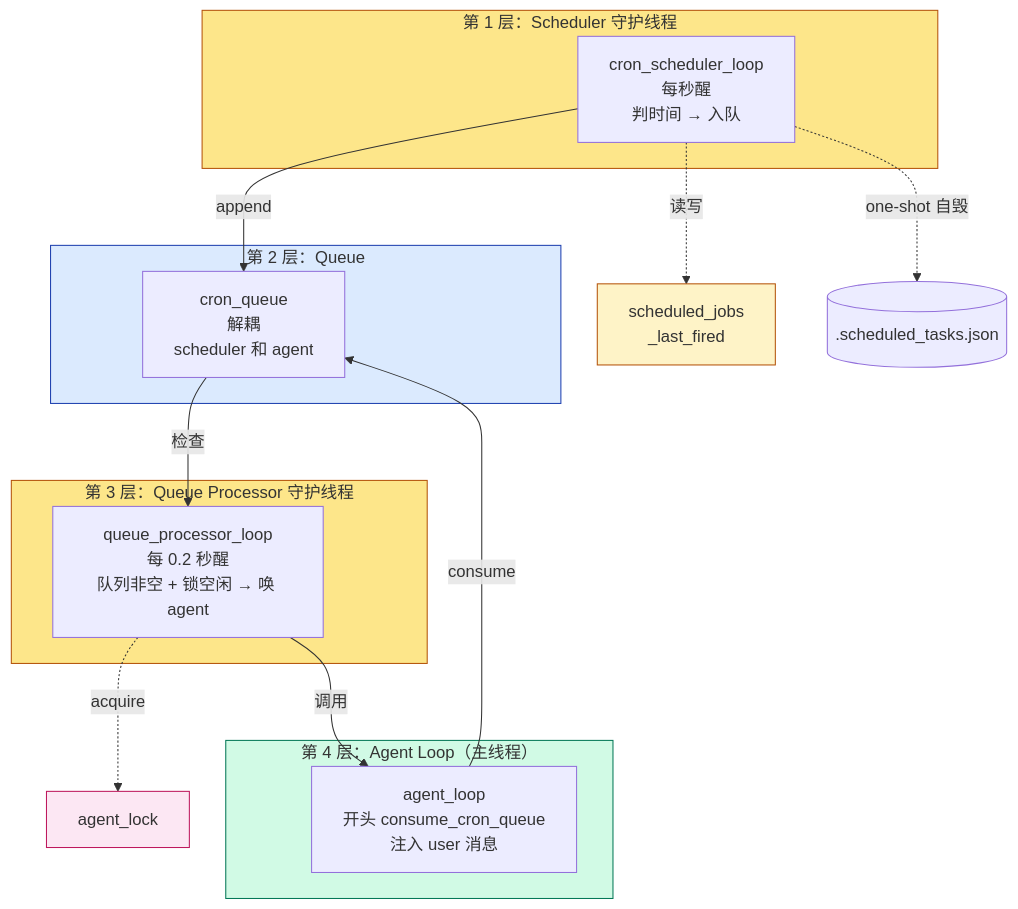
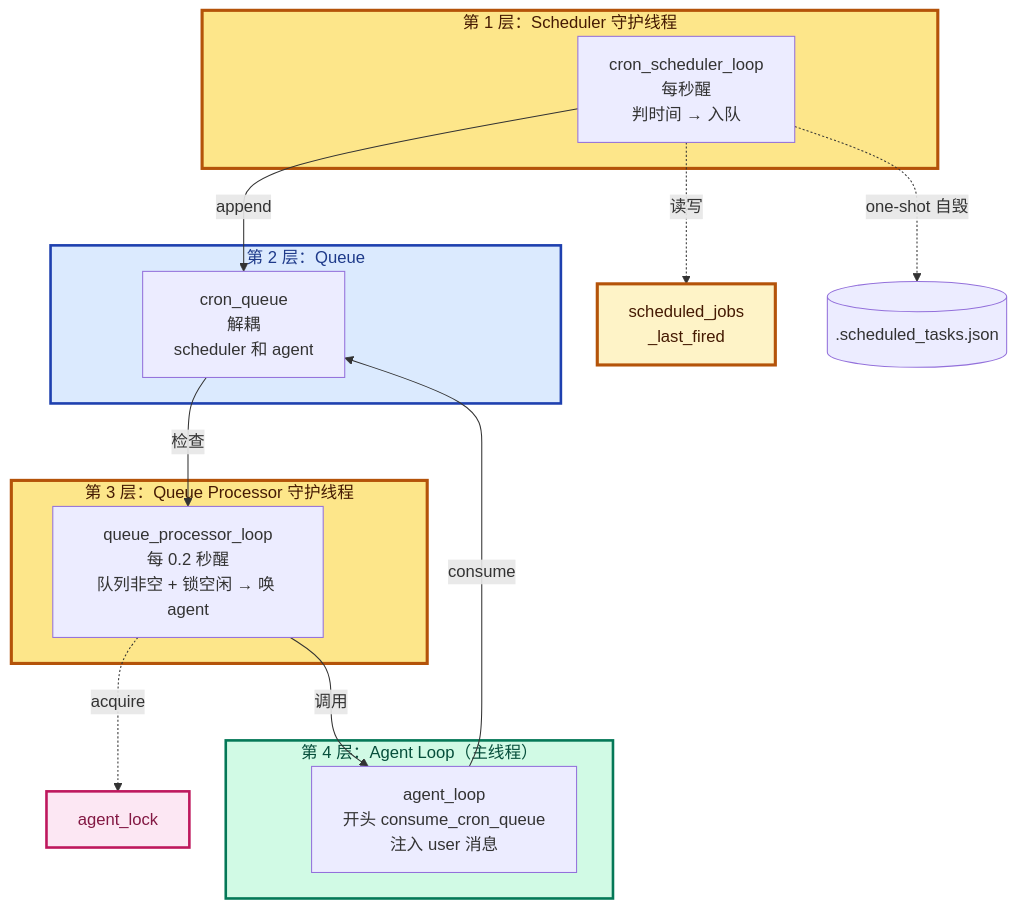
One commit to PyrePuin/From-Zero-LLM-Agent-Infra-Notes changed the first of 3 diagrams in Agent/Harness/Claude Code/Phase 4 - 长时间任务/14 - Cron Scheduler.md. Above: the diagram before and after it, drawn with Mermaid. The commit also changed other lines of this file and 23 other files, not shown here.

First line of the commit message:
refactor(mermaid): 统一所有图的视觉规范

````diff
--- a/Agent/Harness/Claude Code/Phase 4 - 长时间任务/14 - Cron Scheduler.md
+++ b/Agent/Harness/Claude Code/Phase 4 - 长时间任务/14 - Cron Scheduler.md
@@ -123,33 +123,34 @@
 ```mermaid
+%%{init: {'themeVariables': {'fontSize': '16px', 'fontFamily': 'ui-sans-serif, system-ui, -apple-system, "Segoe UI", Roboto, sans-serif'}}}%%
 flowchart TB
     subgraph L1["第 1 层：Scheduler 守护线程"]
         S1["cron_scheduler_loop<br/>每秒醒<br/>判时间 → 入队"]
     end
 
     subgraph L2["第 2 层：Queue"]
         Q1["cron_queue<br/>解耦<br/>scheduler 和 agent"]
     end
 
     subgraph L3["第 3 层：Queue Processor 守护线程"]
         QP1["queue_processor_loop<br/>每 0.2 秒醒<br/>队列非空 + 锁空闲 → 唤 agent"]
     end
 
     subgraph L4["第 4 层：Agent Loop（主线程）"]
         A1["agent_loop<br/>开头 consume_cron_queue<br/>注入 user 消息"]
     end
 
     S1 -->|"append"| Q1
     S1 -.->|"读写"| SJ["scheduled_jobs<br/>_last_fired"]
     S1 -.->|"one-shot 自毁"| Disk[(".scheduled_tasks.json")]
     Q1 -->|"检查"| QP1
     QP1 -.->|"acquire"| AL["agent_lock"]
     QP1 -->|"调用"| A1
     A1 -->|"consume"| Q1
 
-    style L1 fill:#fde68a,stroke:#b45309
-    style L2 fill:#dbeafe,stroke:#1e40af
-    style L3 fill:#fde68a,stroke:#b45309
-    style L4 fill:#d1fae5,stroke:#047857
-    style SJ fill:#fef3c7,stroke:#b45309
-    style AL fill:#fce7f3,stroke:#be185d
+    style L1 fill:#fde68a,stroke:#b45309,stroke-width:3px,color:#451a03
+    style L2 fill:#dbeafe,stroke:#1e40af,stroke-width:2.5px,color:#1e3a8a
+    style L3 fill:#fde68a,stroke:#b45309,stroke-width:3px,color:#451a03
+    style L4 fill:#d1fae5,stroke:#047857,stroke-width:2.5px,color:#064e3b
+    style SJ fill:#fef3c7,stroke:#b45309,stroke-width:3px,color:#451a03
+    style AL fill:#fce7f3,stroke:#be185d,stroke-width:2.5px,color:#831843
 ```
````
